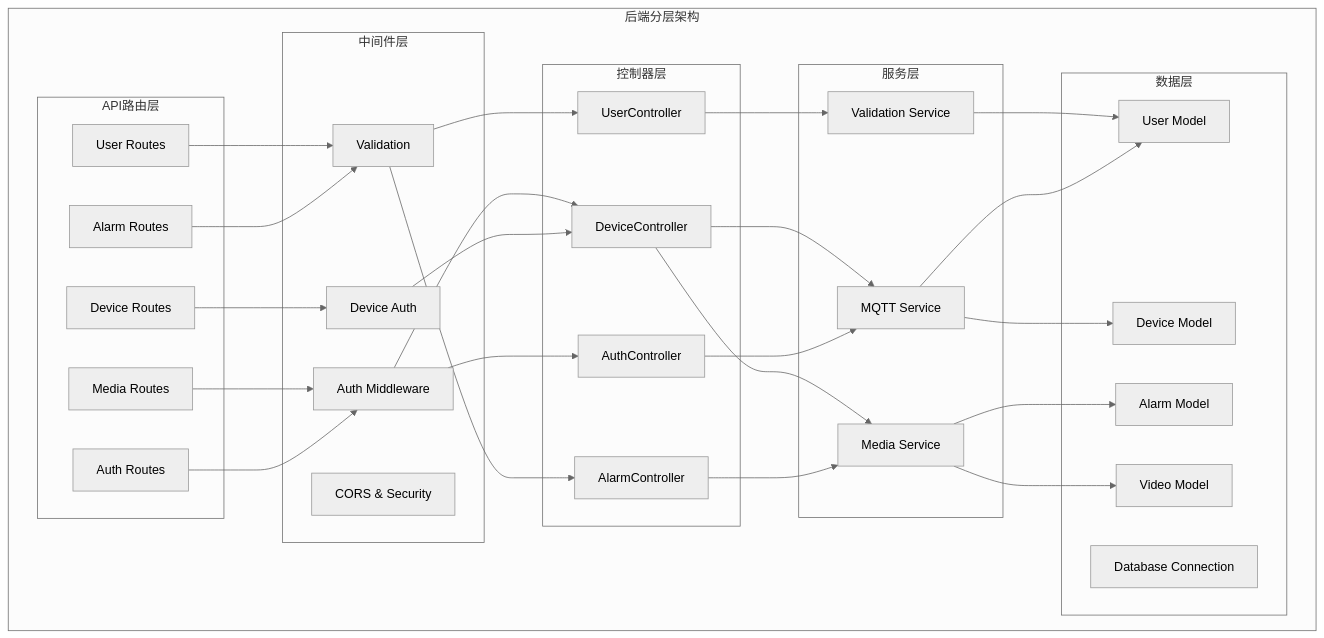
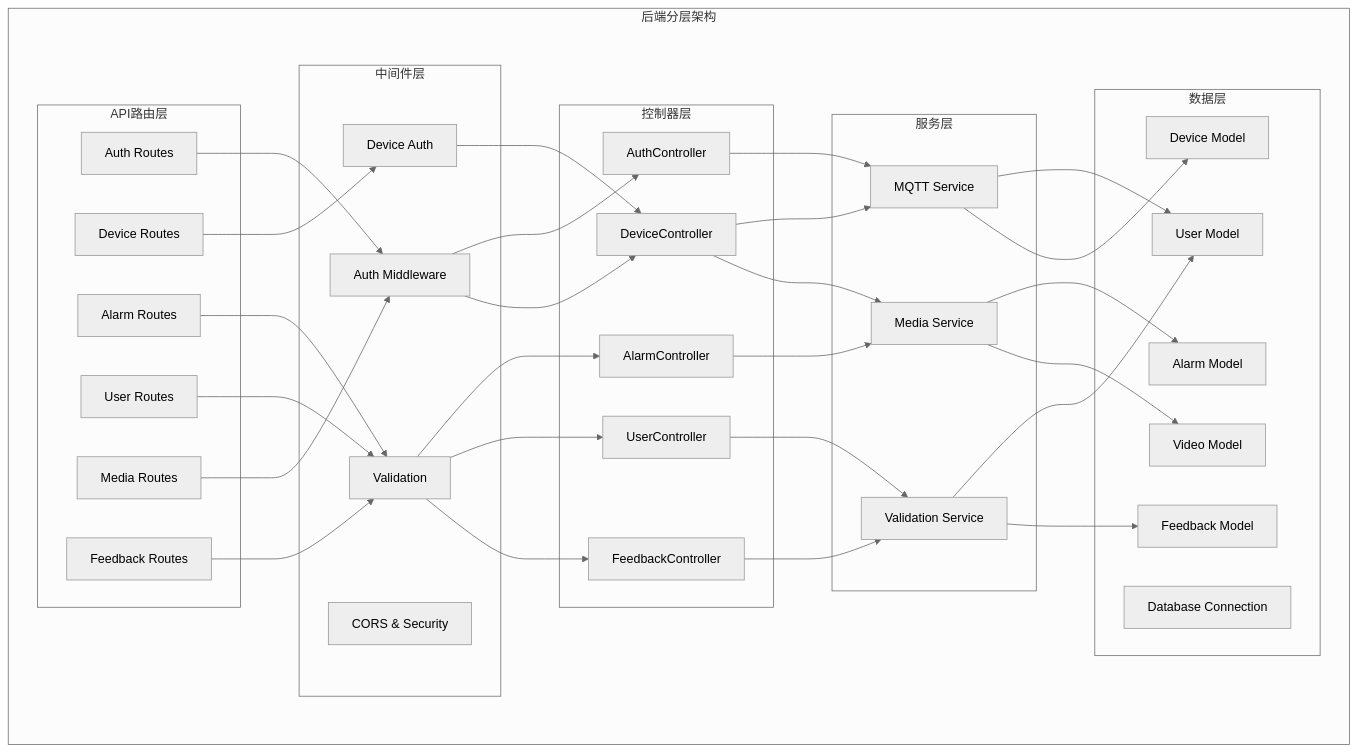
The second of 4 diagrams in 架构文档.md (Latrell233/Fall-Detection-Backend), drawn with Mermaid (neutral theme) before and after one commit. The commit also changed other lines of this file and 7 other files, not shown here.

````diff
--- a/架构文档.md
+++ b/架构文档.md
@@ -50,46 +50,50 @@
 ```mermaid
 graph TB
     subgraph "后端分层架构"
         subgraph "API路由层"
             A1[Auth Routes] 
             A2[Device Routes]
             A3[Alarm Routes]
             A4[User Routes]
             A5[Media Routes]
+            A6[Feedback Routes]
         end
         
         subgraph "中间件层"
             B1[Auth Middleware]
             B2[Device Auth]
             B3[Validation]
             B4[CORS & Security]
         end
         
         subgraph "控制器层"
             C1[AuthController]
             C2[DeviceController] 
             C3[AlarmController]
             C4[UserController]
+            C5[FeedbackController]
         end
         
         subgraph "服务层"
             D1[MQTT Service]
             D2[Media Service]
             D3[Validation Service]
         end
         
         subgraph "数据层"
             E1[User Model]
             E2[Device Model]
             E3[Alarm Model]
             E4[Video Model]
-            E5[Database Connection]
+            E5[Feedback Model]
+            E6[Database Connection]
         end
     end
     
     A1 --> B1 --> C1 --> D1 --> E1
     A2 --> B2 --> C2 --> D1 --> E2
     A3 --> B3 --> C3 --> D2 --> E3
     A4 --> B3 --> C4 --> D3 --> E1
     A5 --> B1 --> C2 --> D2 --> E4
+    A6 --> B3 --> C5 --> D3 --> E5
 ```
````
